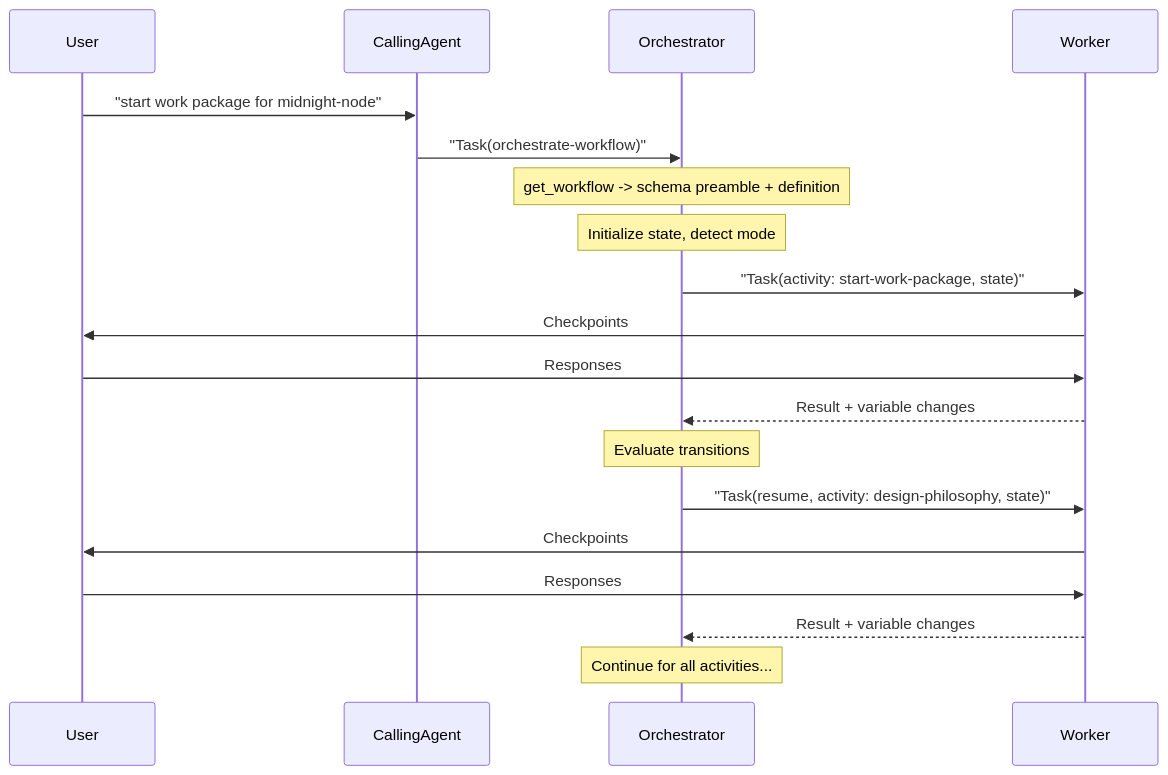
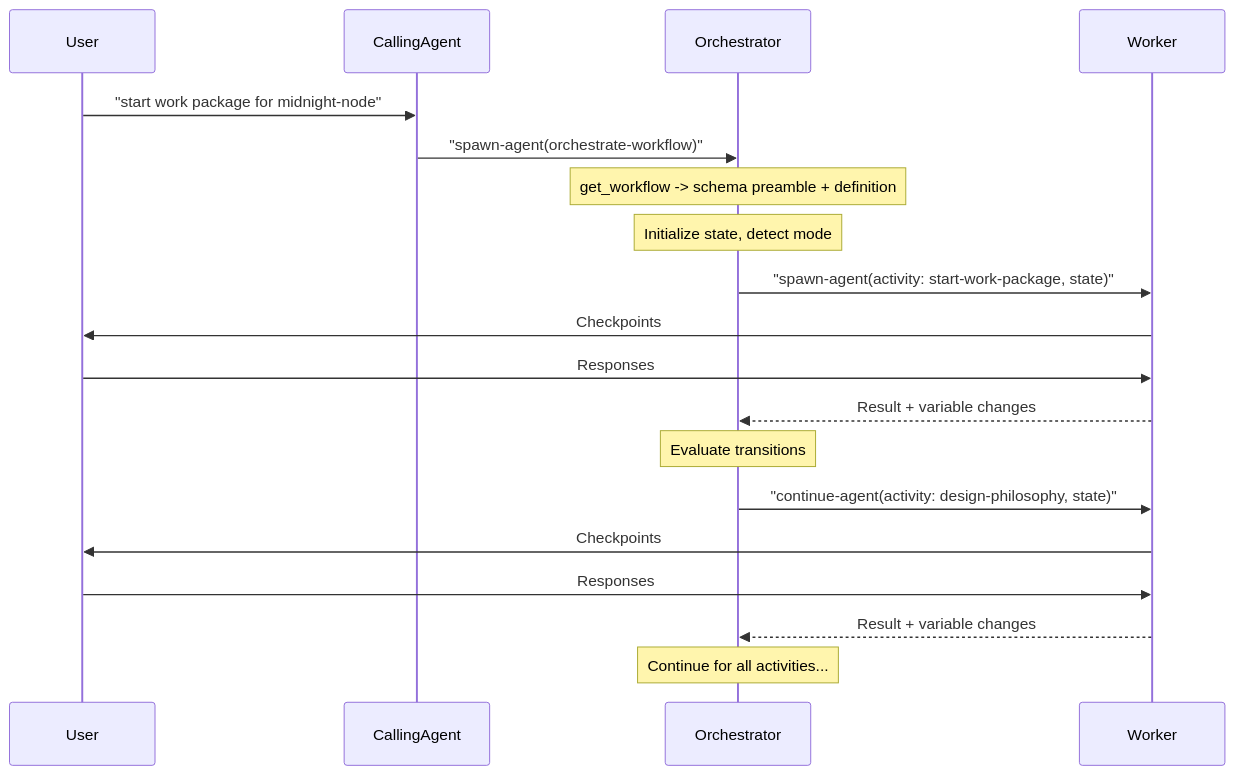
The second of 3 diagrams in work-package/README.md (m2ux/workflow-server), drawn with Mermaid before and after one commit. The commit also changed other lines of this file and 20 other files, not shown here.

````diff
--- a/work-package/README.md
+++ b/work-package/README.md
@@ -108,27 +108,27 @@
 ```mermaid
 sequenceDiagram
     participant User
     participant Caller as CallingAgent
     participant Orch as Orchestrator
     participant Worker as Worker
 
     User->>Caller: "start work package for midnight-node"
-    Caller->>Orch: "Task(orchestrate-workflow)"
+    Caller->>Orch: "spawn-agent(orchestrate-workflow)"
 
     Note over Orch: get_workflow -> schema preamble + definition
     Note over Orch: Initialize state, detect mode
 
-    Orch->>Worker: "Task(activity: start-work-package, state)"
+    Orch->>Worker: "spawn-agent(activity: start-work-package, state)"
     Worker->>User: Checkpoints
     User->>Worker: Responses
     Worker-->>Orch: Result + variable changes
 
     Note over Orch: Evaluate transitions
 
-    Orch->>Worker: "Task(resume, activity: design-philosophy, state)"
+    Orch->>Worker: "continue-agent(activity: design-philosophy, state)"
     Worker->>User: Checkpoints
     User->>Worker: Responses
     Worker-->>Orch: Result + variable changes
 
     Note over Orch: Continue for all activities...
 ```
````
